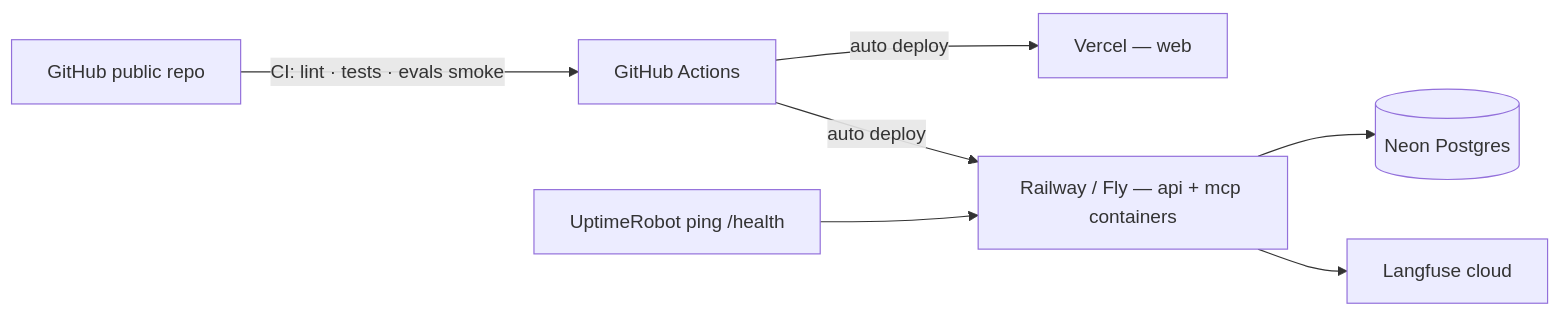
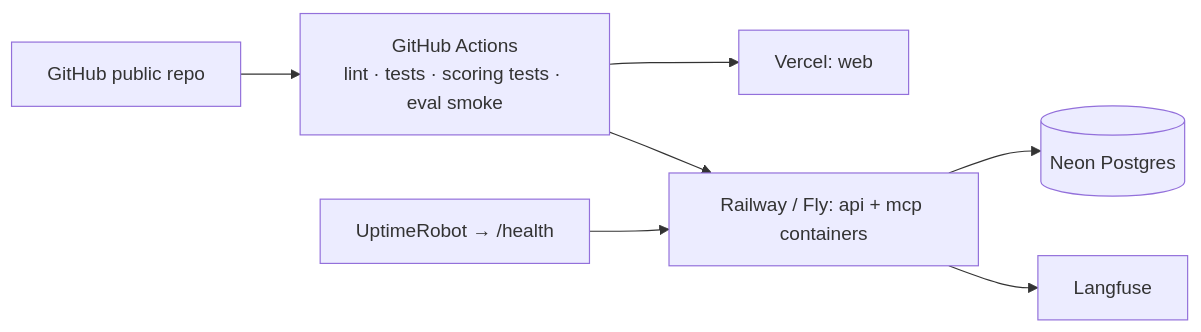
The fourth of 4 diagrams in ARCHITECTURE.md (anurag-23werty/TOURSCOUT), drawn with Mermaid before and after one commit. The commit also changed other lines of this file and 11 other files, not shown here.

````diff
--- a/ARCHITECTURE.md
+++ b/ARCHITECTURE.md
@@ -244,9 +291,9 @@
 ```mermaid
 flowchart LR
-    GH[GitHub public repo] -->|CI: lint · tests · evals smoke| GA[GitHub Actions]
-    GA -->|auto deploy| V[Vercel — web]
-    GA -->|auto deploy| R[Railway / Fly — api + mcp containers]
-    R --> N[(Neon Postgres)]
-    R --> LF[Langfuse cloud]
-    UP[UptimeRobot ping /health] --> R
+    GH[GitHub public repo] --> CI[GitHub Actions<br/>lint · tests · scoring tests · eval smoke]
+    CI --> V[Vercel: web]
+    CI --> RW[Railway / Fly: api + mcp containers]
+    RW --> N[(Neon Postgres)]
+    RW --> LF[Langfuse]
+    UP[UptimeRobot → /health] --> RW
 ```
````
